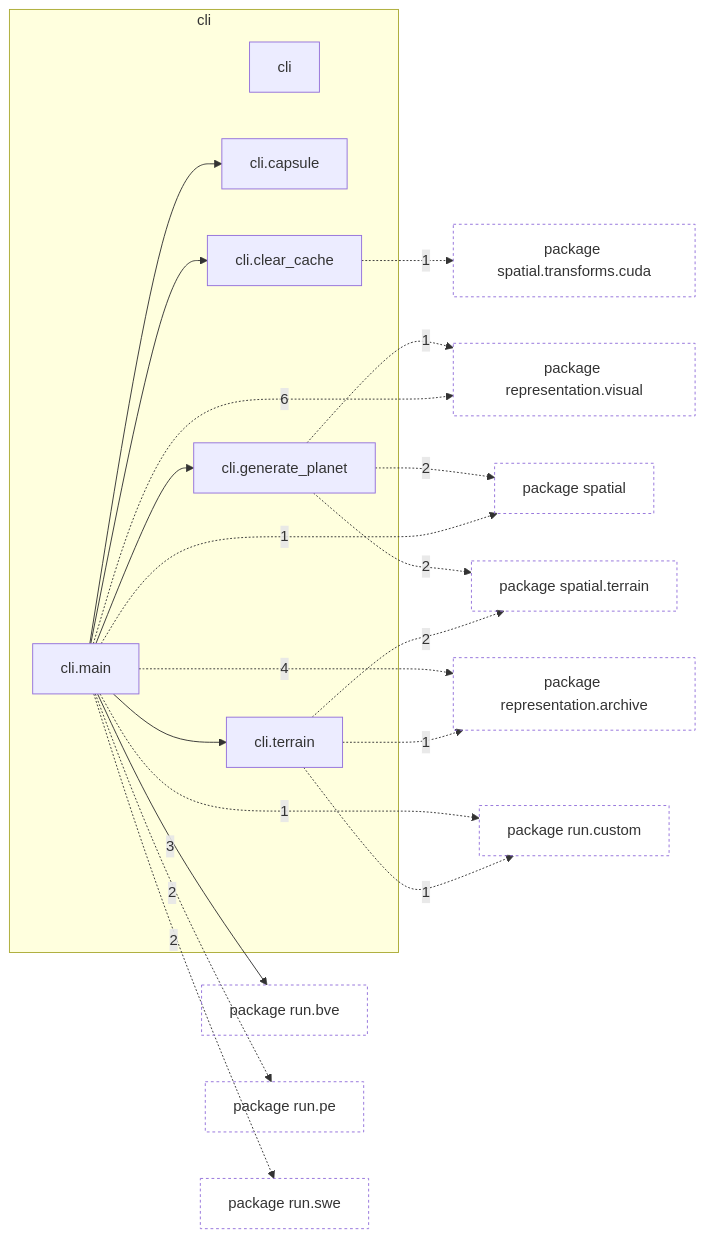
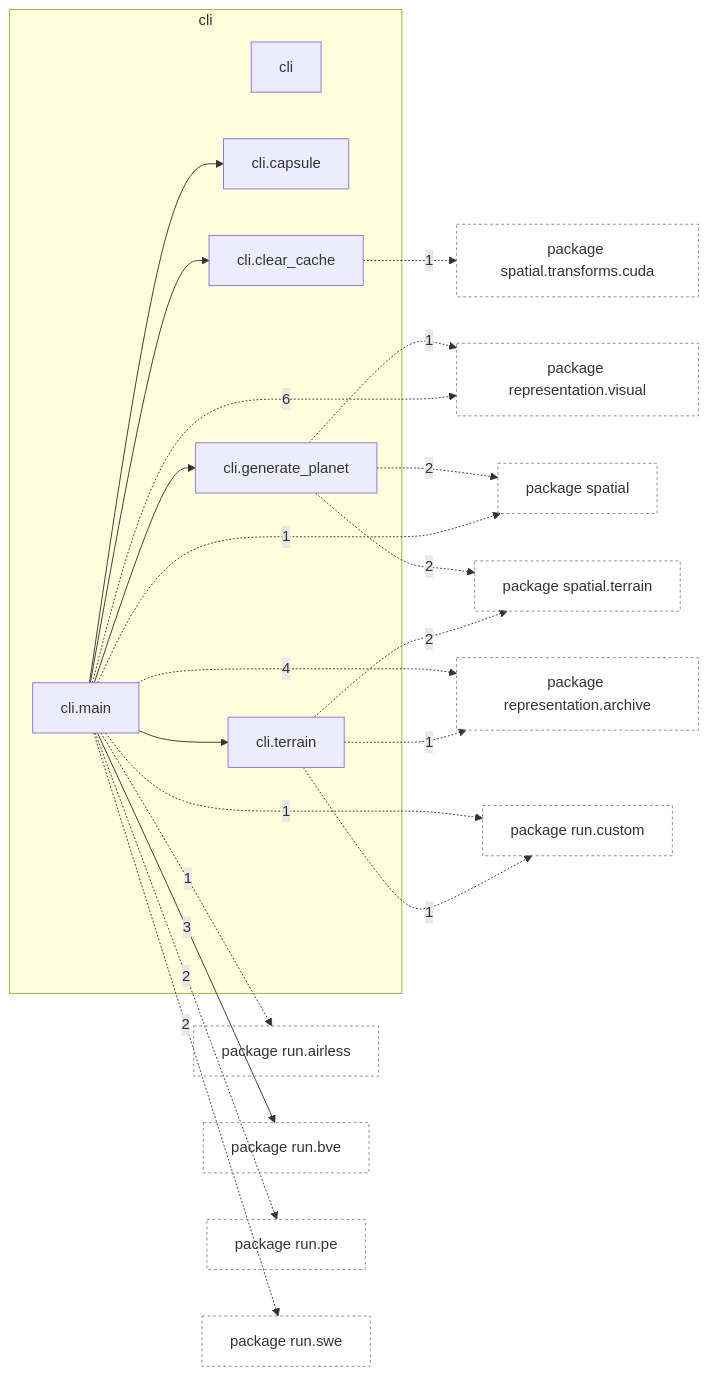
One commit to AlexandreEros/Palintropos changed the diagram in docs/architecture/current/packages/tropoi.cli.md. Above: the diagram before and after it, drawn with Mermaid. The commit also changed other lines of this file and 25 other files, not shown here.

First line of the commit message:
Refresh architecture snapshot for Viewer 3

````diff
--- a/docs/architecture/current/packages/tropoi.cli.md
+++ b/docs/architecture/current/packages/tropoi.cli.md
@@ -24,50 +24,53 @@
 ```mermaid
 %% Generated by tools.architecture 2.3.0. Do not edit by hand.
 %% Modules of tropoi.cli with imports in and out
 flowchart LR
     subgraph g_tropoi_ocli["cli"]
         n_tropoi_ocli["cli"]
         n_tropoi_ocli_ocapsule["cli.capsule"]
         n_tropoi_ocli_oclear__cache["cli.clear#95;cache"]
         n_tropoi_ocli_ogenerate__planet["cli.generate#95;planet"]
         n_tropoi_ocli_omain["cli.main"]
         n_tropoi_ocli_oterrain["cli.terrain"]
     end
     p_tropoi_orepresentation_oarchive["package representation.archive"]
     p_tropoi_orepresentation_ovisual["package representation.visual"]
+    p_tropoi_orun_oairless["package run.airless"]
     p_tropoi_orun_obve["package run.bve"]
     p_tropoi_orun_ocustom["package run.custom"]
     p_tropoi_orun_ope["package run.pe"]
     p_tropoi_orun_oswe["package run.swe"]
     p_tropoi_ospatial["package spatial"]
     p_tropoi_ospatial_oterrain["package spatial.terrain"]
     p_tropoi_ospatial_otransforms_ocuda["package spatial.transforms.cuda"]
     n_tropoi_ocli_omain --> n_tropoi_ocli_ocapsule
     n_tropoi_ocli_omain --> n_tropoi_ocli_oclear__cache
     n_tropoi_ocli_omain --> n_tropoi_ocli_ogenerate__planet
     n_tropoi_ocli_omain --> n_tropoi_ocli_oterrain
     n_tropoi_ocli_oclear__cache -.->|1| p_tropoi_ospatial_otransforms_ocuda
     n_tropoi_ocli_ogenerate__planet -.->|1| p_tropoi_orepresentation_ovisual
     n_tropoi_ocli_ogenerate__planet -.->|2| p_tropoi_ospatial
     n_tropoi_ocli_ogenerate__planet -.->|2| p_tropoi_ospatial_oterrain
     n_tropoi_ocli_omain -.->|4| p_tropoi_orepresentation_oarchive
     n_tropoi_ocli_omain -.->|6| p_tropoi_orepresentation_ovisual
+    n_tropoi_ocli_omain -.->|1| p_tropoi_orun_oairless
     n_tropoi_ocli_omain -->|3| p_tropoi_orun_obve
     n_tropoi_ocli_omain -.->|1| p_tropoi_orun_ocustom
     n_tropoi_ocli_omain -.->|2| p_tropoi_orun_ope
     n_tropoi_ocli_omain -.->|2| p_tropoi_orun_oswe
     n_tropoi_ocli_omain -.->|1| p_tropoi_ospatial
     n_tropoi_ocli_oterrain -.->|1| p_tropoi_orepresentation_oarchive
     n_tropoi_ocli_oterrain -.->|1| p_tropoi_orun_ocustom
     n_tropoi_ocli_oterrain -.->|2| p_tropoi_ospatial_oterrain
     classDef other fill:none,stroke-dasharray:3 3
     class p_tropoi_orepresentation_oarchive other
     class p_tropoi_orepresentation_ovisual other
+    class p_tropoi_orun_oairless other
     class p_tropoi_orun_obve other
     class p_tropoi_orun_ocustom other
     class p_tropoi_orun_ope other
     class p_tropoi_orun_oswe other
     class p_tropoi_ospatial other
     class p_tropoi_ospatial_oterrain other
     class p_tropoi_ospatial_otransforms_ocuda other
 ```
````
